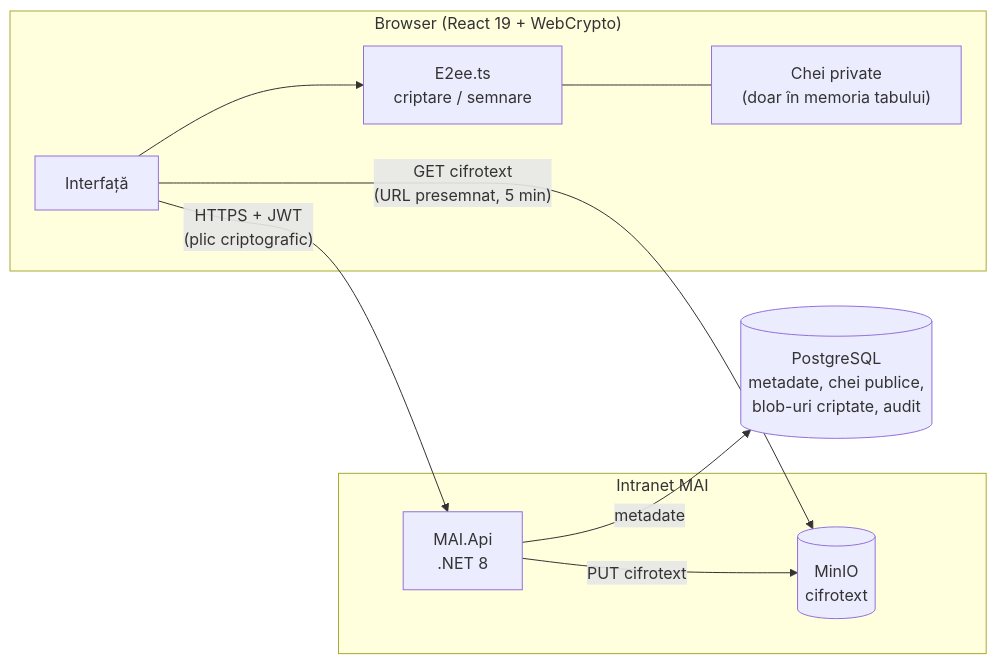
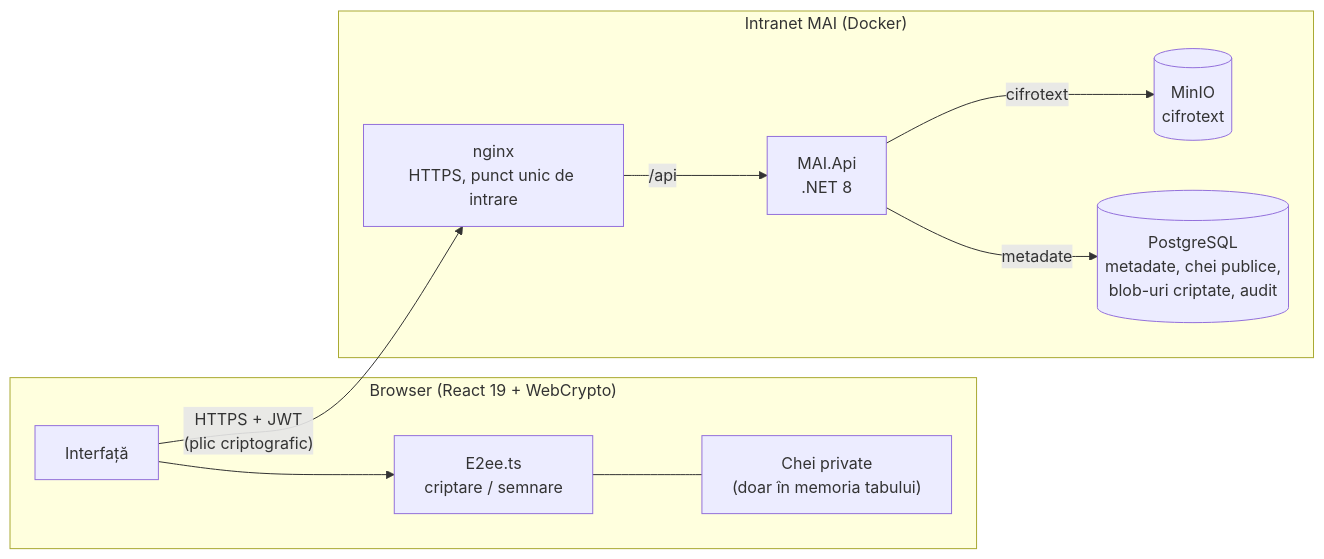
Before and after one commit to Danielus-hehe/mai-secure-platform: the first of 5 diagrams in README.md, drawn with Mermaid. The commit also changed other lines of this file and 5 other files, not shown here.

First line of the commit message:
Tot sistemul rulează acum în intranet. Conturile, jurnalul de audit și metadatele transferurilor nu mai stau pe un server extern, iar demo-ul nu mai depinde de internet.

````diff
--- a/README.md
+++ b/README.md
@@ -63,22 +64,22 @@
 ```mermaid
 flowchart LR
     subgraph Browser["Browser (React 19 + WebCrypto)"]
         UI[Interfață]
         CR["E2ee.ts<br/>criptare / semnare"]
         KM["Chei private<br/>(doar în memoria tabului)"]
     end
 
-    subgraph Intranet["Intranet MAI"]
+    subgraph Intranet["Intranet MAI (Docker)"]
+        NGX["nginx<br/>HTTPS, punct unic de intrare"]
         API["MAI.Api<br/>.NET 8"]
         MINIO[("MinIO<br/>cifrotext")]
+        DB[("PostgreSQL<br/>metadate, chei publice,<br/>blob-uri criptate, audit")]
     end
-
-    DB[("PostgreSQL<br/>metadate, chei publice,<br/>blob-uri criptate, audit")]
 
     UI --> CR
     CR --- KM
-    UI -- "HTTPS + JWT<br/>(plic criptografic)" --> API
+    UI -- "HTTPS + JWT<br/>(plic criptografic)" --> NGX
+    NGX -- "/api" --> API
     API -- "metadate" --> DB
-    API -- "PUT cifrotext" --> MINIO
-    UI -- "GET cifrotext<br/>(URL presemnat, 5 min)" --> MINIO
+    API -- "cifrotext" --> MINIO
 ```
````
